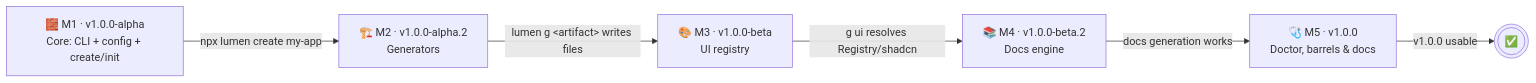
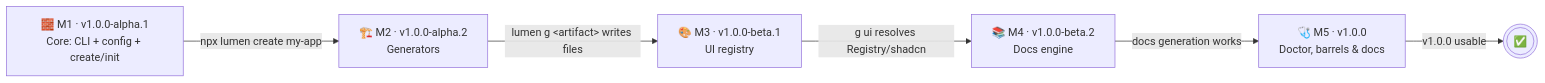
Before and after one commit to LUMEN-SH/lumen-cli: the first of 6 diagrams in docs/PLAN.md, drawn with Mermaid. The commit also changed 6 other files, not shown here.

First line of the commit message:
docs: sync workflow, roadmap and plan with create-lumen v2.0.0-alpha.2

````diff
--- a/docs/PLAN.md
+++ b/docs/PLAN.md
@@ -9,14 +9,14 @@
 ```mermaid
 flowchart LR
-    M1["🧱 M1 · v1.0.0-alpha<br/>Core: CLI + config + create/init"]
+    M1["🧱 M1 · v1.0.0-alpha.1<br/>Core: CLI + config + create/init"]
     M2["🏗️ M2 · v1.0.0-alpha.2<br/>Generators"]
-    M3["🎨 M3 · v1.0.0-beta<br/>UI registry"]
+    M3["🎨 M3 · v1.0.0-beta.1<br/>UI registry"]
     M4["📚 M4 · v1.0.0-beta.2<br/>Docs engine"]
     M5["🩺 M5 · v1.0.0<br/>Doctor, barrels &amp; docs"]
 
     M1 -->|"npx lumen create my-app"| M2
     M2 -->|"lumen g &lt;artifact&gt; writes files"| M3
     M3 -->|"g ui resolves Registry/shadcn"| M4
     M4 -->|"docs generation works"| M5
     M5 -->|"v1.0.0 usable"| DONE(((✅)))
 ```
````
